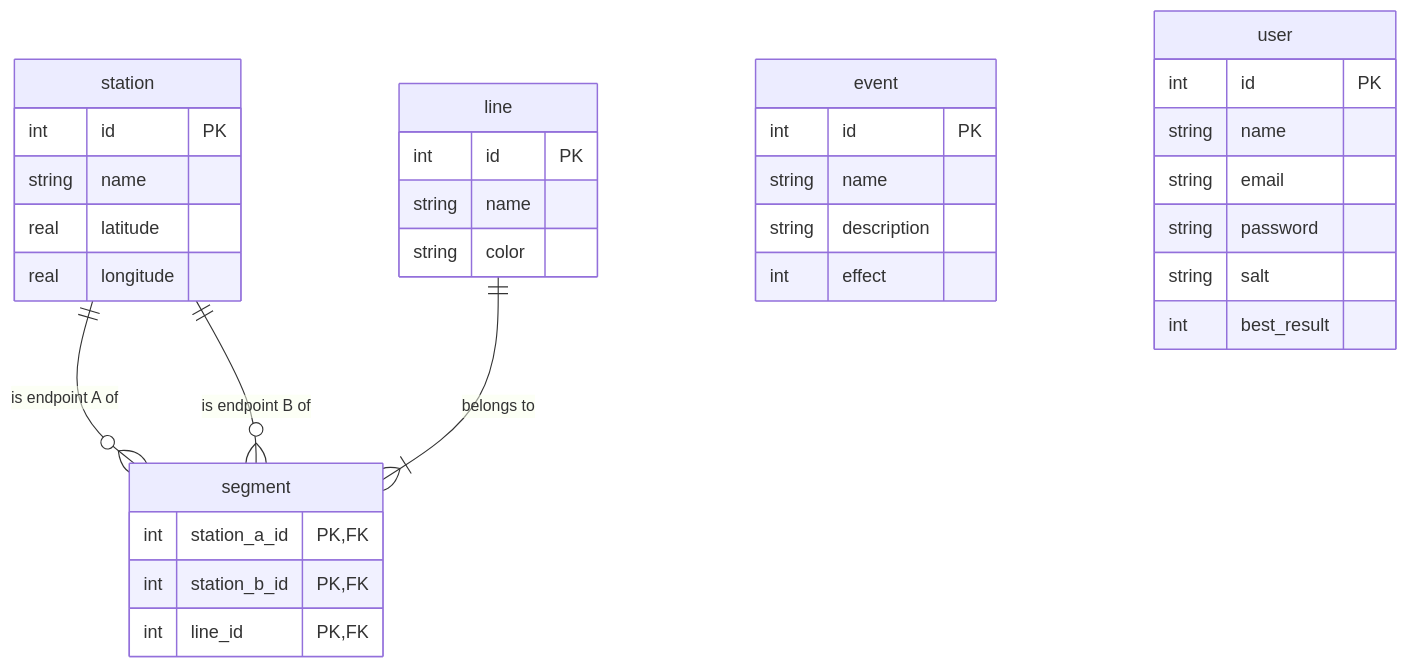
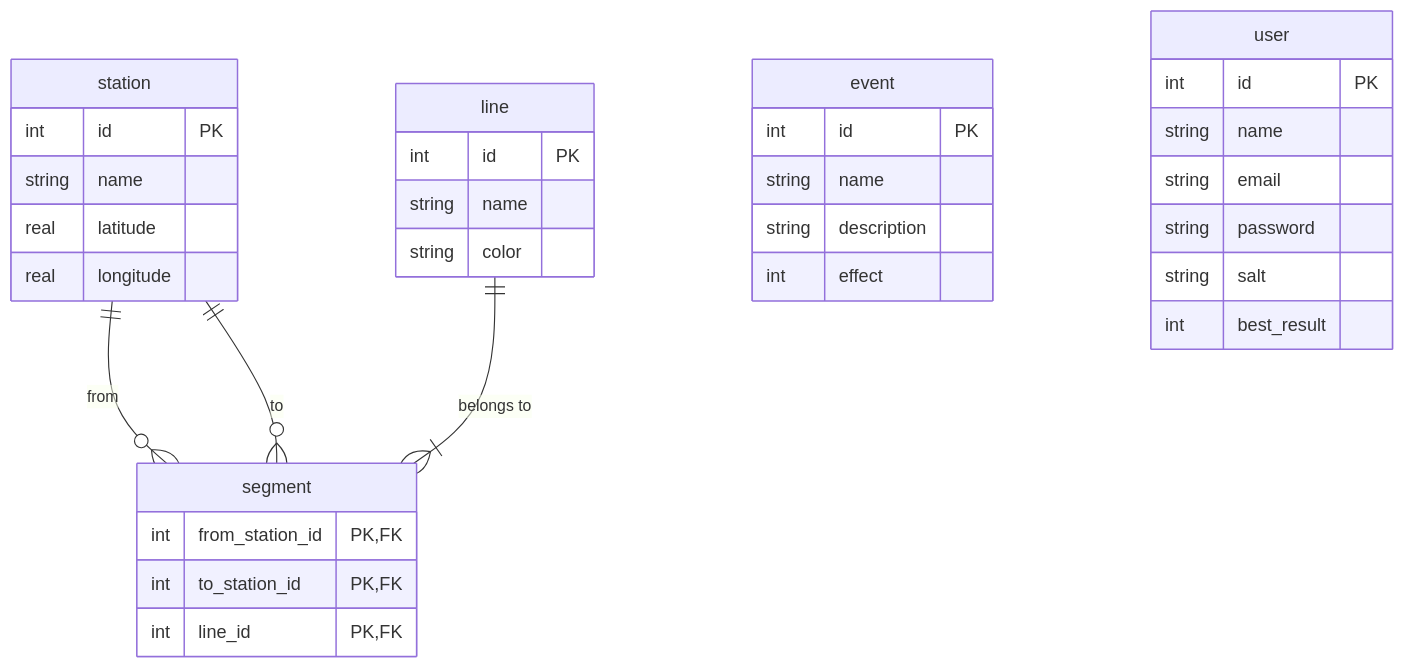
One commit to polito-WA1-2026-exam/exam-1-last-race-devgfe changed the second of 2 diagrams in README.md. Above: the diagram before and after it, drawn with Mermaid. The commit also changed other lines of this file and 4 other files, not shown here.

````diff
--- a/README.md
+++ b/README.md
@@ -68,37 +48,37 @@
 ```mermaid
 erDiagram
-    station ||--o{ segment : "is endpoint A of"
-    station ||--o{ segment : "is endpoint B of"
+    station ||--o{ segment : "from"
+    station ||--o{ segment : "to"
     line ||--|{ segment : "belongs to"
 
     event {
         int id PK
         string name
         string description
         int effect
     }
     user {
         int id PK
         string name
         string email
         string password
         string salt
         int best_result
     }
     station {
         int id PK
         string name
         real latitude
         real longitude
     }
     line {
         int id PK
         string name
         string color
     }
     segment {
-        int station_a_id PK, FK
-        int station_b_id PK, FK
+        int from_station_id PK, FK
+        int to_station_id PK, FK
         int line_id PK, FK
     }
 ```
````
